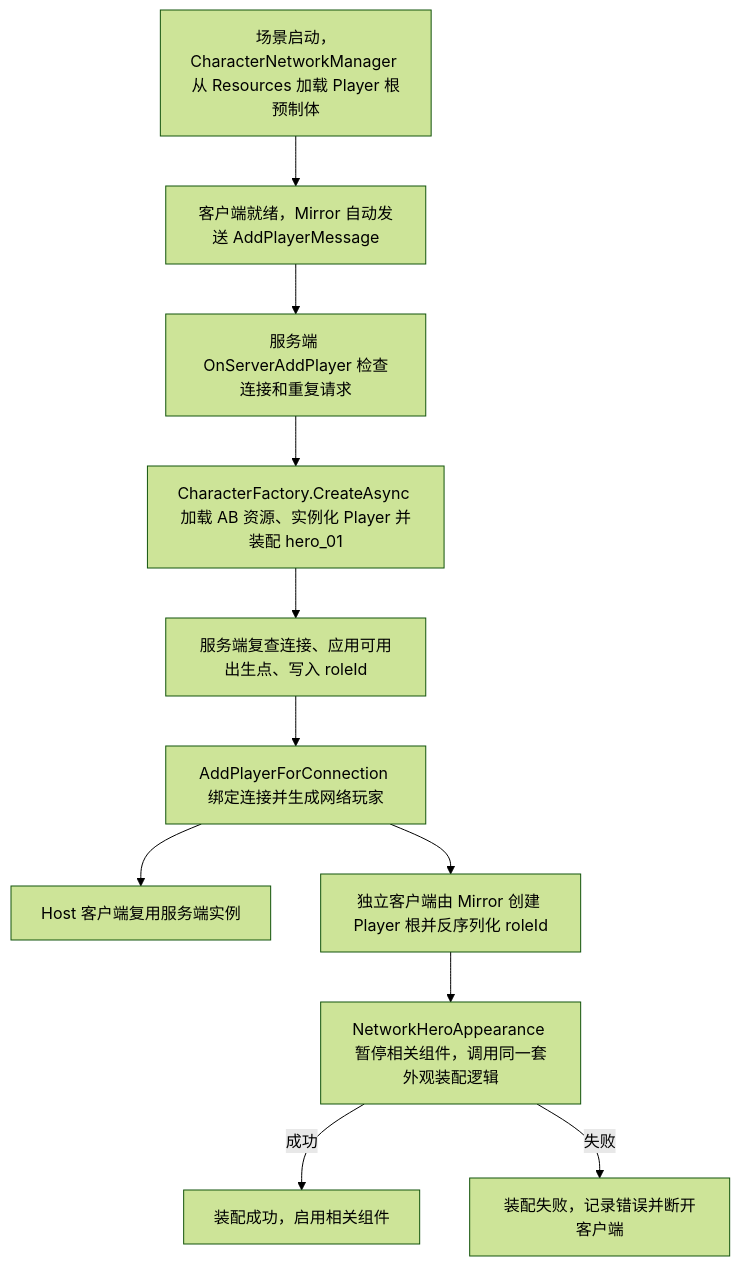
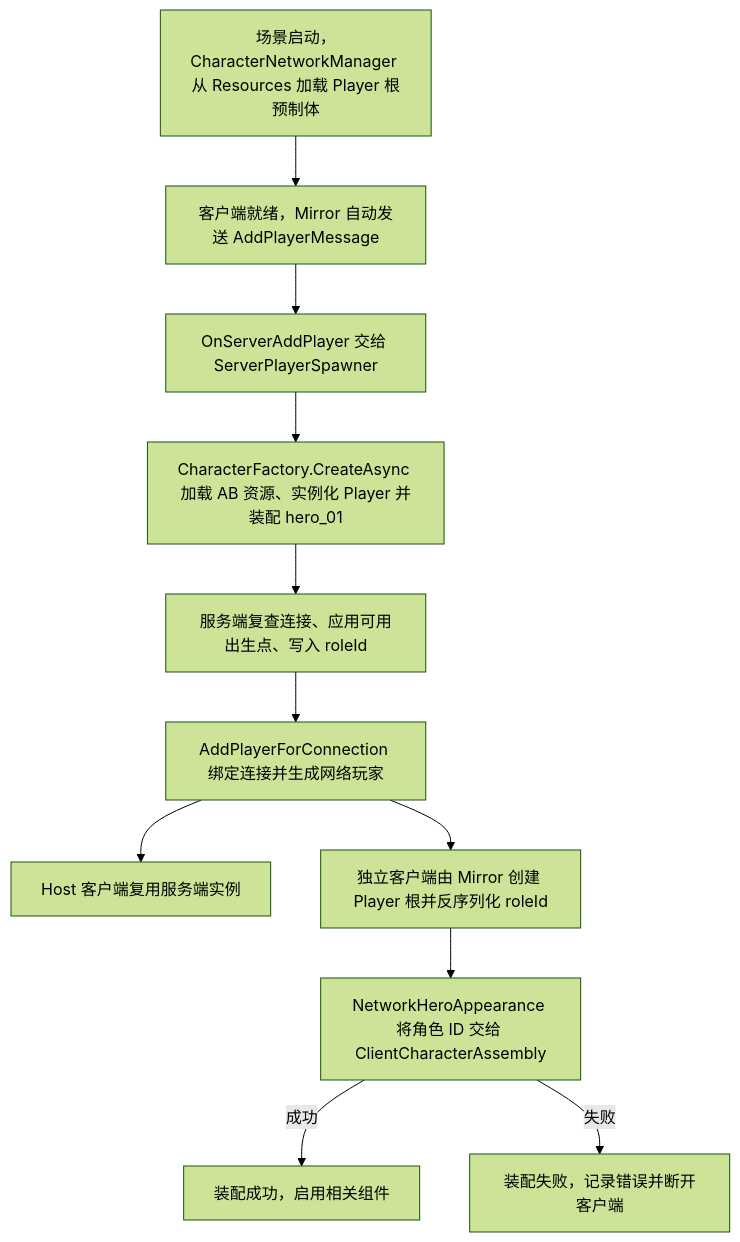
The diagram in 项目文档/角色生成与运行时组装.md (wenjuxing/multiplayer-tps), drawn with Mermaid (forest theme) before and after one commit. The commit also changed other lines of this file and 122 other files, not shown here.

````diff
--- a/项目文档/角色生成与运行时组装.md
+++ b/项目文档/角色生成与运行时组装.md
@@ -7,20 +7,20 @@
 ```mermaid
 flowchart TD
     Startup["场景启动，CharacterNetworkManager 从 Resources 加载 Player 根预制体"]
     Request["客户端就绪，Mirror 自动发送 AddPlayerMessage"]
-    Entry["服务端 OnServerAddPlayer 检查连接和重复请求"]
+    Entry["OnServerAddPlayer 交给 ServerPlayerSpawner"]
     ServerBuild["CharacterFactory.CreateAsync 加载 AB 资源、实例化 Player 并装配 hero_01"]
     ServerSpawn["服务端复查连接、应用可用出生点、写入 roleId"]
     Spawn["AddPlayerForConnection 绑定连接并生成网络玩家"]
     Host["Host 客户端复用服务端实例"]
     RemoteRoot["独立客户端由 Mirror 创建 Player 根并反序列化 roleId"]
-    RemoteBuild["NetworkHeroAppearance 暂停相关组件，调用同一套外观装配逻辑"]
+    RemoteBuild["NetworkHeroAppearance 将角色 ID 交给 ClientCharacterAssembly"]
     RemoteReady["装配成功，启用相关组件"]
     RemoteFailed["装配失败，记录错误并断开客户端"]
 
     Startup --> Request --> Entry --> ServerBuild --> ServerSpawn --> Spawn
     Spawn --> Host
     Spawn --> RemoteRoot --> RemoteBuild
     RemoteBuild -->|成功| RemoteReady
     RemoteBuild -->|失败| RemoteFailed
 ```
````
